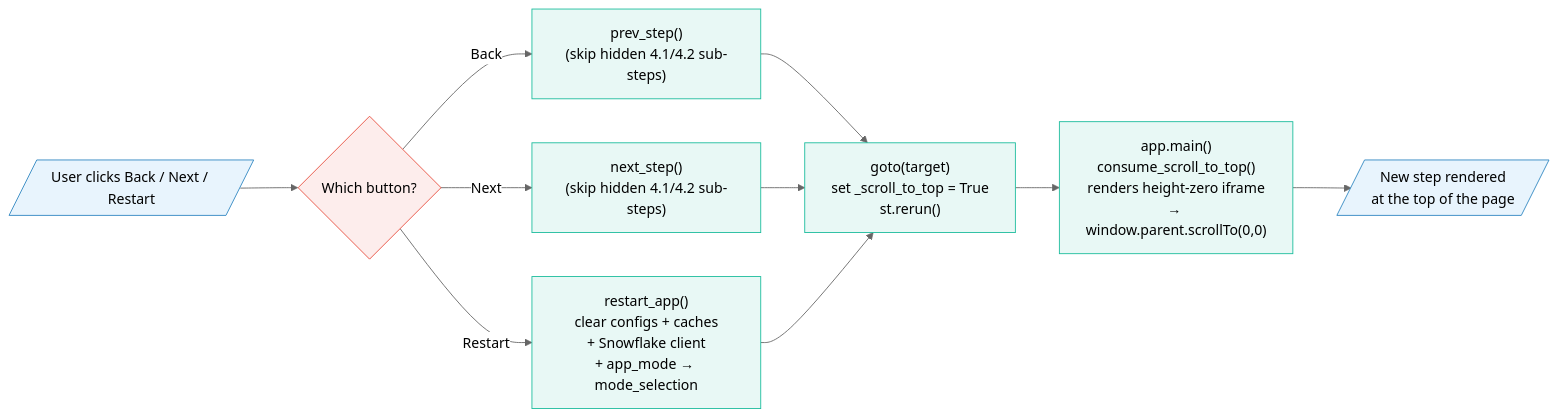
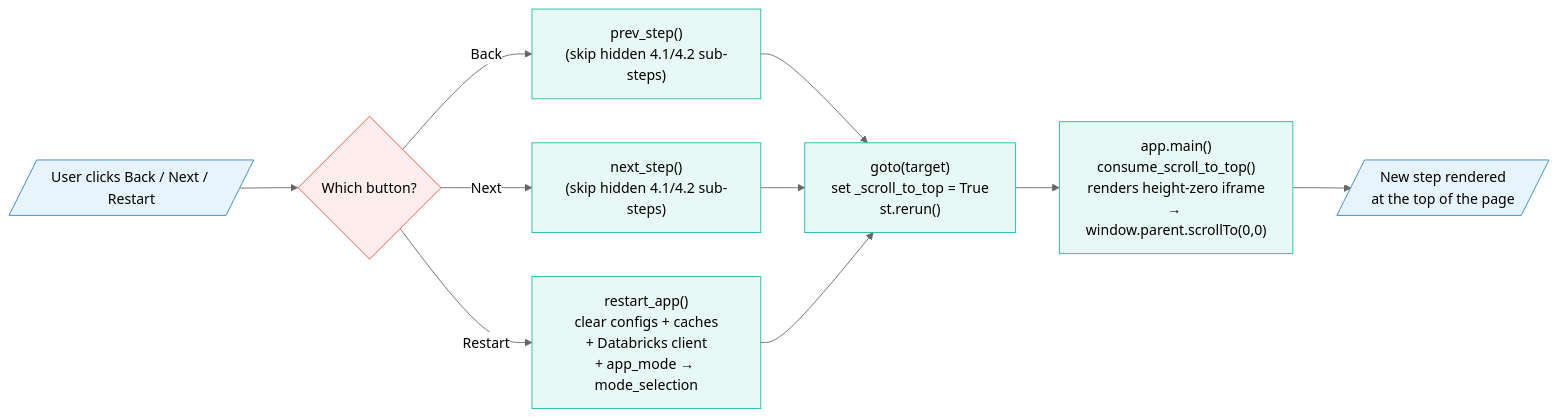
One commit to guimesi/data-quality-scorecard changed the fourth of 6 diagrams in documents/FLOWCHART.md. Above: the diagram before and after it, drawn with Mermaid (neutral theme). The commit also changed other lines of this file and 60 other files, not shown here.

First line of the commit message:
Migrate the app from Snowflake to Databricks Apps

````diff
--- a/documents/FLOWCHART.md
+++ b/documents/FLOWCHART.md
@@ -350,21 +350,21 @@
 ```mermaid
 flowchart LR
     USER[/User clicks Back / Next / Restart/] --> ROUTE{Which button?}
     ROUTE -->|Back| PREV["prev_step()<br/>(skip hidden 4.1/4.2 sub-steps)"]
     ROUTE -->|Next| NEXT["next_step()<br/>(skip hidden 4.1/4.2 sub-steps)"]
-    ROUTE -->|Restart| RESET["restart_app()<br/>clear configs + caches<br/>+ Snowflake client<br/>+ app_mode → mode_selection"]
+    ROUTE -->|Restart| RESET["restart_app()<br/>clear configs + caches<br/>+ Databricks client<br/>+ app_mode → mode_selection"]
     PREV --> GOTO["goto(target)<br/>set _scroll_to_top = True<br/>st.rerun()"]
     NEXT --> GOTO
     RESET --> GOTO
     GOTO --> RENDER["app.main()<br/>consume_scroll_to_top()<br/>renders height-zero iframe<br/>→ window.parent.scrollTo(0,0)"]
     RENDER --> NEW[/New step rendered<br/>at the top of the page/]
 
     classDef in fill:#E8F4FD,stroke:#2E86C1
     classDef ctrl fill:#FDEDEC,stroke:#E74C3C
     classDef proc fill:#E8F8F5,stroke:#1ABC9C
     classDef out fill:#F4ECF7,stroke:#8E44AD
 
     class USER,NEW in
     class ROUTE ctrl
     class PREV,NEXT,RESET,GOTO,RENDER proc
 ```
````
